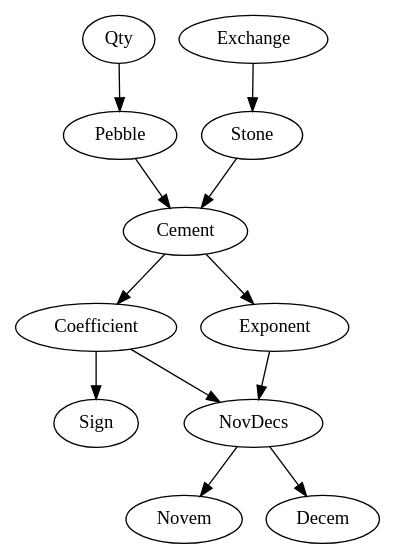
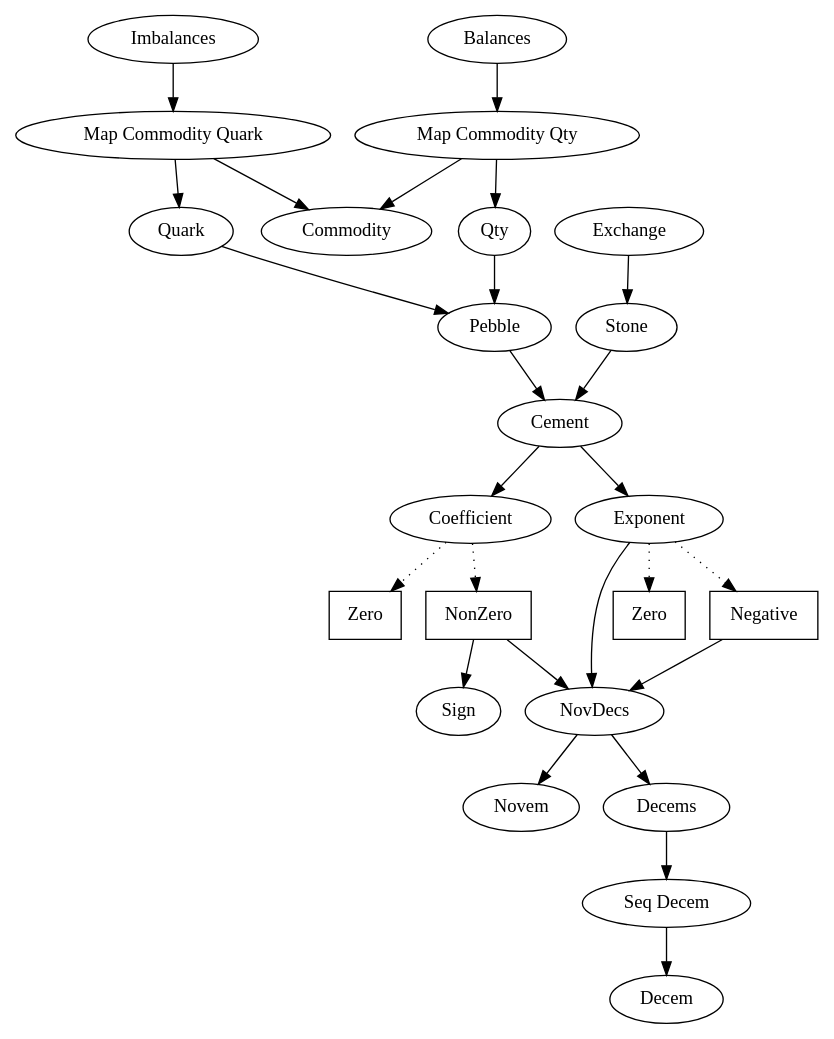
Before and after one commit to analyticd/penny: the diagram in numbers.dot, drawn with Graphviz. The commit also changed 3 other files, not shown here.

```diff
--- a/numbers.dot
+++ b/numbers.dot
@@ -1,33 +1,71 @@
 digraph numbers {
   /* Primitives */
   Novem;
   Decem;
   Sign;
 
+  /* Seq_Decem */
+  Seq_Decem [label="Seq Decem"];
+  Seq_Decem -> Decem;
+
+  /* Decems */
+  Decems -> Seq_Decem;
+
   /* NovDecs */
   NovDecs -> Novem;
-  NovDecs -> Decem;
+  NovDecs -> Decems;
 
   /* Coefficient */
-  Coefficient -> NovDecs;
-  Coefficient -> Sign;
+
+  Coefficient_Zero [shape=box, label="Zero"];
+  Coefficient_NonZero [shape=box, label="NonZero"];
+  Coefficient -> Coefficient_Zero [style=dotted];
+  Coefficient -> Coefficient_NonZero [style=dotted];
+  Coefficient_NonZero -> NovDecs;
+  Coefficient_NonZero -> Sign;
 
   /* Exponent */
   Exponent -> NovDecs;
+  Exponent_Zero [shape=box, label="Zero"];
+  Exponent_Negative [shape=box, label="Negative"];
+  Exponent -> Exponent_Zero [style=dotted];
+  Exponent -> Exponent_Negative [style=dotted];
+  Exponent_Negative -> NovDecs;
 
   /* Cement */
   Cement -> { Coefficient; Exponent }
   
   /* Pebble */
   Pebble -> Cement;
 
   /* Qty */
   Qty -> Pebble;
 
   /* Stone */
   Stone -> Cement;
 
   /* Exchange */
   Exchange -> Stone;
 
+  /*
+   * Balance map
+   */
+  Bal_Map [label="Map Commodity Qty"];
+  Bal_Map -> Commodity;
+  Bal_Map -> Qty;
+  Balances -> Bal_Map;
+
+
+  // Quark
+  Quark;
+  Quark -> Pebble;
+
+  // Imbalances
+  Imbalances_Map [label="Map Commodity Quark"]
+  Imbalances_Map -> Commodity;
+  Imbalances_Map -> Quark;
+
+  Imbalances -> Imbalances_Map;
+  
+
 }
```
